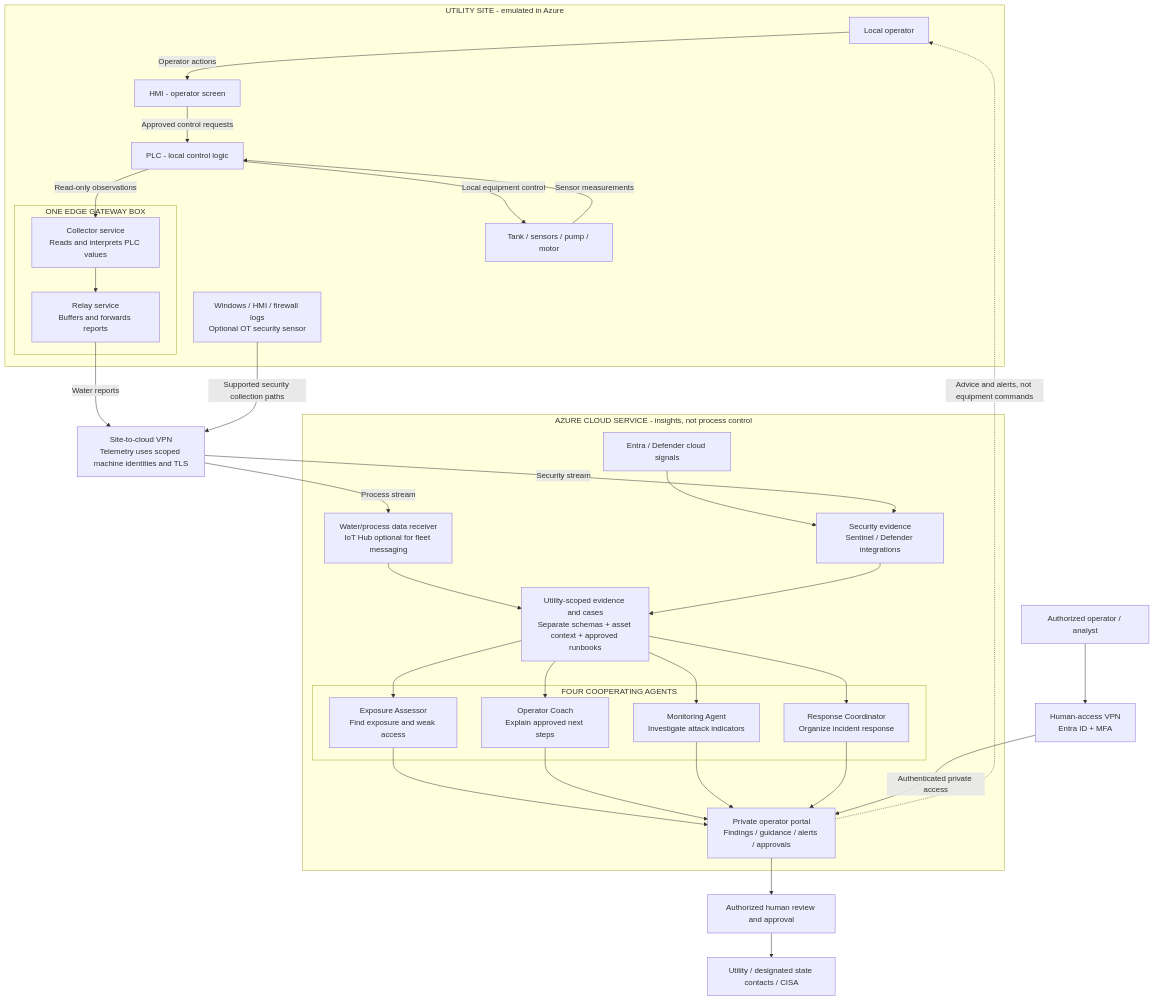
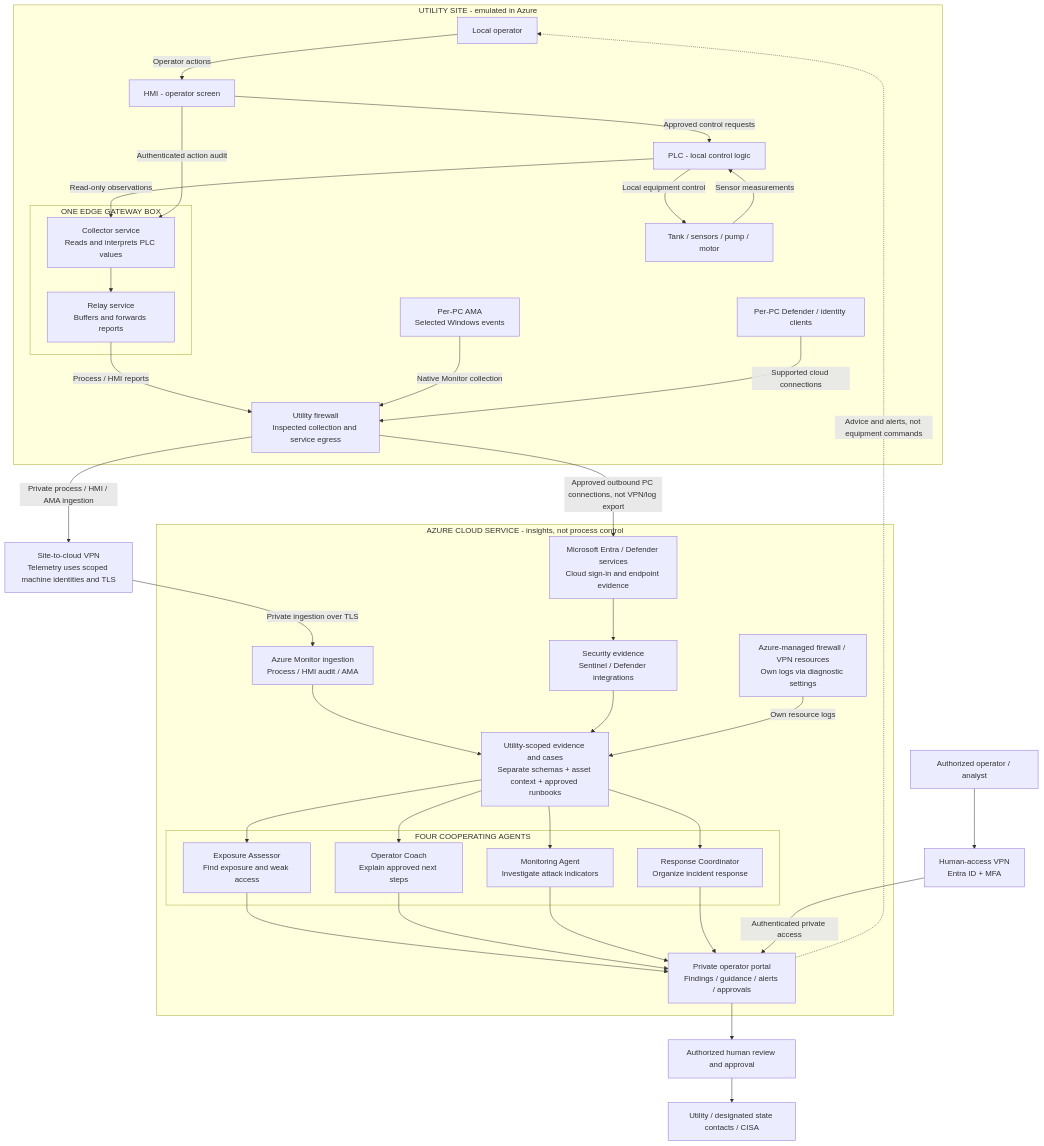
One commit to srvenkatms/WaterSupplyInisghtIQ changed the first of 2 diagrams in docs/target-architecture.md. Above: the diagram before and after it, drawn with Mermaid. The commit also changed other lines of this file, not shown here.

Commit message:
Align Target architecture documentation with logical diagram

````diff
--- a/docs/target-architecture.md
+++ b/docs/target-architecture.md
@@ -42,59 +42,66 @@
 ```mermaid
 flowchart TB
   subgraph UtilityConcept["UTILITY SITE - emulated in Azure"]
     LocalOperator["Local operator"]
     LocalHMI["HMI - operator screen"]
     LocalPLC["PLC - local control logic"]
     Equipment["Tank / sensors / pump / motor"]
     subgraph EdgeConcept["ONE EDGE GATEWAY BOX"]
       ReadCollector["Collector service<br/>Reads and interprets PLC values"]
       ForwardRelay["Relay service<br/>Buffers and forwards reports"]
     end
-    LocalSecurity["Windows / HMI / firewall logs<br/>Optional OT security sensor"]
+    HostEvents["Per-PC AMA<br/>Selected Windows events"]
+    EndpointClients["Per-PC Defender / identity clients"]
+    UtilityFirewall["Utility firewall<br/>Inspected collection and service egress"]
     LocalOperator -->|"Operator actions"| LocalHMI
     LocalHMI -->|"Approved control requests"| LocalPLC
     LocalPLC -->|"Local equipment control"| Equipment
     Equipment -->|"Sensor measurements"| LocalPLC
     LocalPLC -->|"Read-only observations"| ReadCollector
+    LocalHMI -->|"Authenticated action audit"| ReadCollector
     ReadCollector --> ForwardRelay
+    ForwardRelay -->|"Process / HMI reports"| UtilityFirewall
+    HostEvents -->|"Native Monitor collection"| UtilityFirewall
+    EndpointClients -->|"Supported cloud connections"| UtilityFirewall
   end
 
   SiteConnection["Site-to-cloud VPN<br/>Telemetry uses scoped machine identities and TLS"]
   RemoteHuman["Authorized operator / analyst"]
   HumanConnection["Human-access VPN<br/>Entra ID + MFA"]
-  ForwardRelay -->|"Water reports"| SiteConnection
-  LocalSecurity -->|"Supported security collection paths"| SiteConnection
+  UtilityFirewall -->|"Private process / HMI / AMA ingestion"| SiteConnection
   RemoteHuman --> HumanConnection
 
   subgraph CloudConcept["AZURE CLOUD SERVICE - insights, not process control"]
-    WaterReceiver["Water/process data receiver<br/>IoT Hub optional for fleet messaging"]
+    WaterReceiver["Azure Monitor ingestion<br/>Process / HMI audit / AMA"]
     SecurityReceiver["Security evidence<br/>Sentinel / Defender integrations"]
-    CloudSecurity["Entra / Defender cloud signals"]
+    CloudSecurity["Microsoft Entra / Defender services<br/>Cloud sign-in and endpoint evidence"]
+    ResourceDiagnostics["Azure-managed firewall / VPN resources<br/>Own logs via diagnostic settings"]
     EvidenceContext["Utility-scoped evidence and cases<br/>Separate schemas + asset context + approved runbooks"]
     subgraph AgentConcept["FOUR COOPERATING AGENTS"]
       Exposure["Exposure Assessor<br/>Find exposure and weak access"]
       Coach["Operator Coach<br/>Explain approved next steps"]
       Monitor["Monitoring Agent<br/>Investigate attack indicators"]
       Coordinator["Response Coordinator<br/>Organize incident response"]
     end
     PrivatePortal["Private operator portal<br/>Findings / guidance / alerts / approvals"]
     WaterReceiver --> EvidenceContext
     SecurityReceiver --> EvidenceContext
     CloudSecurity --> SecurityReceiver
+    ResourceDiagnostics -->|"Own resource logs"| EvidenceContext
     EvidenceContext --> Exposure
     EvidenceContext --> Coach
     EvidenceContext --> Monitor
     EvidenceContext --> Coordinator
     Exposure --> PrivatePortal
     Coach --> PrivatePortal
     Monitor --> PrivatePortal
     Coordinator --> PrivatePortal
   end
 
-  SiteConnection -->|"Process stream"| WaterReceiver
-  SiteConnection -->|"Security stream"| SecurityReceiver
+  SiteConnection -->|"Private ingestion over TLS"| WaterReceiver
+  UtilityFirewall -->|"Approved outbound PC connections, not VPN/log export"| CloudSecurity
   HumanConnection -->|"Authenticated private access"| PrivatePortal
   PrivatePortal -.->|"Advice and alerts, not equipment commands"| LocalOperator
   PrivatePortal --> Approval["Authorized human review and approval"]
   Approval --> Contacts["Utility / designated state contacts / CISA"]
 ```
````
